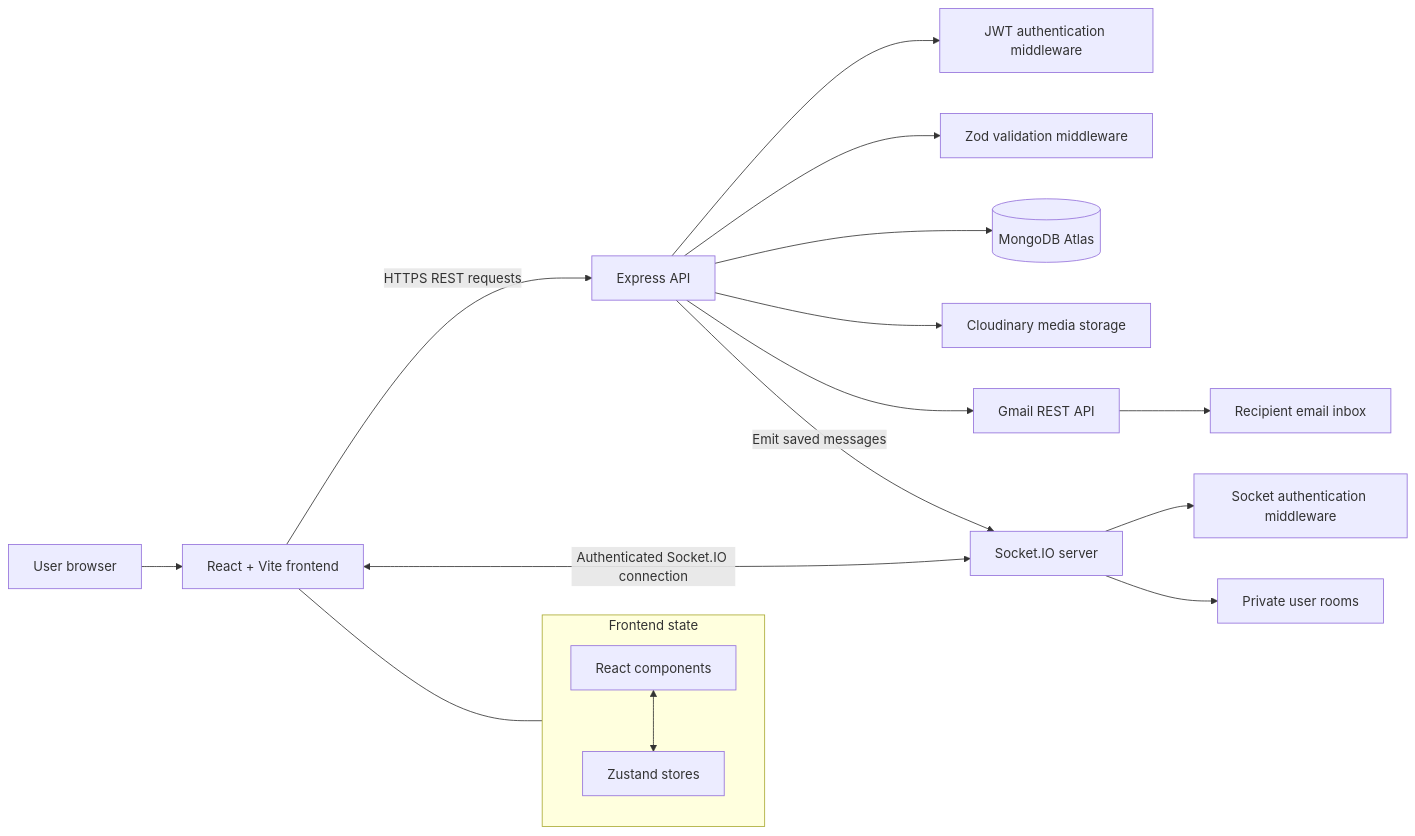
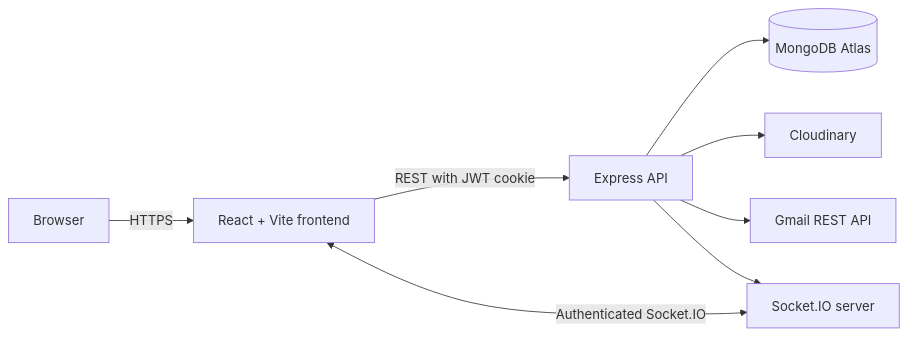
Before and after one commit to Saurav11343/click-chat: the diagram in README.md, drawn with Mermaid. The commit also changed other lines of this file and 10 other files, not shown here.

````diff
--- a/README.md
+++ b/README.md
@@ -94,23 +32,10 @@
 ```mermaid
 flowchart LR
-    U["User browser"] --> F["React + Vite frontend"]
-    F -->|"HTTPS REST requests"| B["Express API"]
-    F <-->|"Authenticated Socket.IO connection"| S["Socket.IO server"]
-    B --> A["JWT authentication middleware"]
-    B --> V["Zod validation middleware"]
+    U["Browser"] -->|"HTTPS"| F["React + Vite frontend"]
+    F -->|"REST with JWT cookie"| B["Express API"]
+    F <-->|"Authenticated Socket.IO"| S["Socket.IO server"]
     B --> DB[("MongoDB Atlas")]
-    B --> C["Cloudinary media storage"]
+    B --> C["Cloudinary"]
     B --> G["Gmail REST API"]
-    S --> SA["Socket authentication middleware"]
-    S --> UR["Private user rooms"]
-    B -->|"Emit saved messages"| S
-    G --> R["Recipient email inbox"]
-
-    subgraph FS["Frontend state"]
-        Z["Zustand stores"]
-        UI["React components"]
-        UI <--> Z
-    end
-
-    F --- FS
+    B --> S
 ```
````
